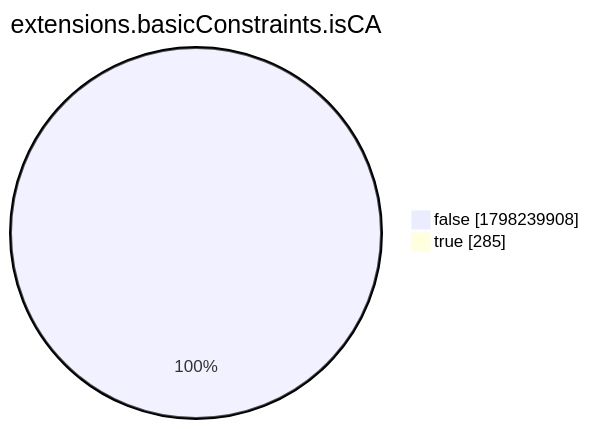
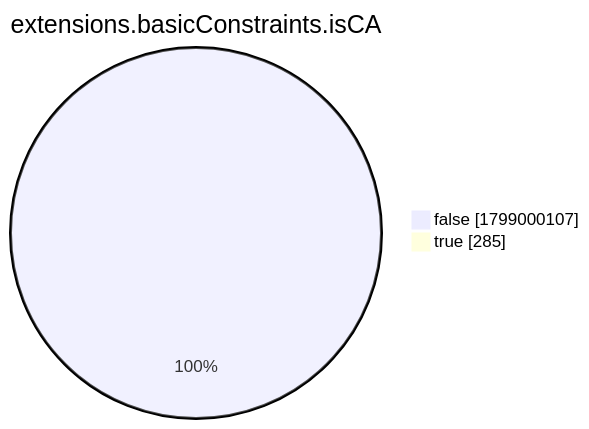
The eighth of 15 diagrams in xenon2022/README.md (christiankrug/ctmonitor_visualization), drawn with Mermaid before and after one commit. The commit also changed other lines of this file, not shown here.

````diff
--- a/xenon2022/README.md
+++ b/xenon2022/README.md
@@ -2868,6 +2868,6 @@
 ```mermaid
 pie showData
 title extensions.basicConstraints.isCA
-"false" :1798239908
+"false" :1799000107
 "true" :285
 ```
````
